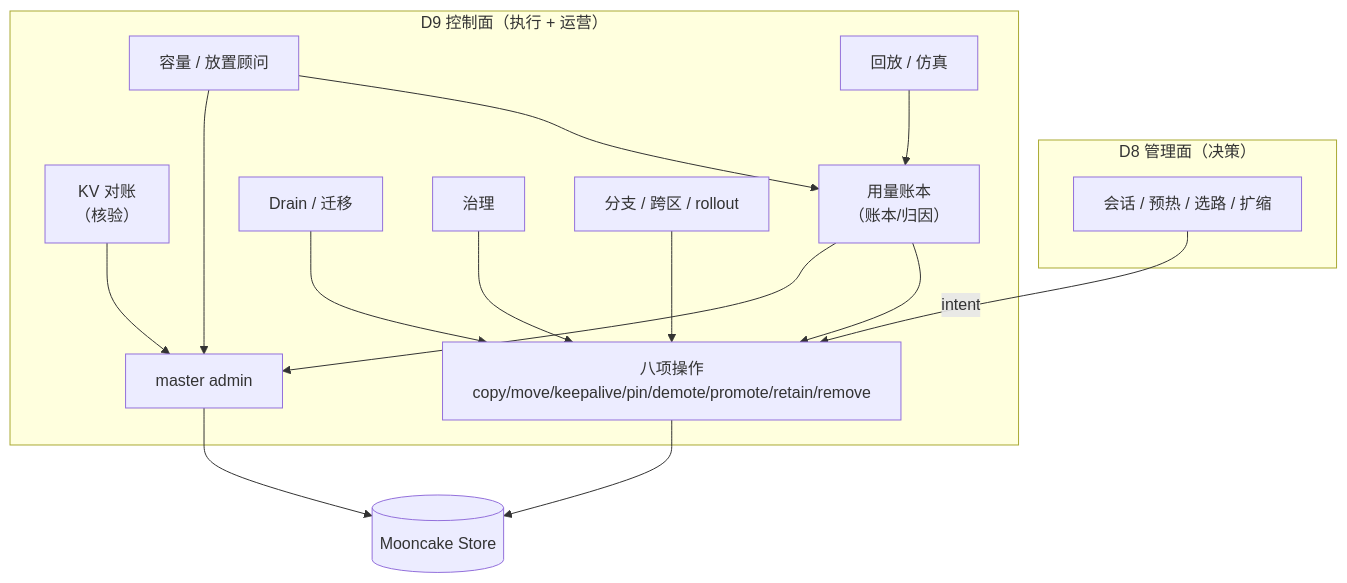
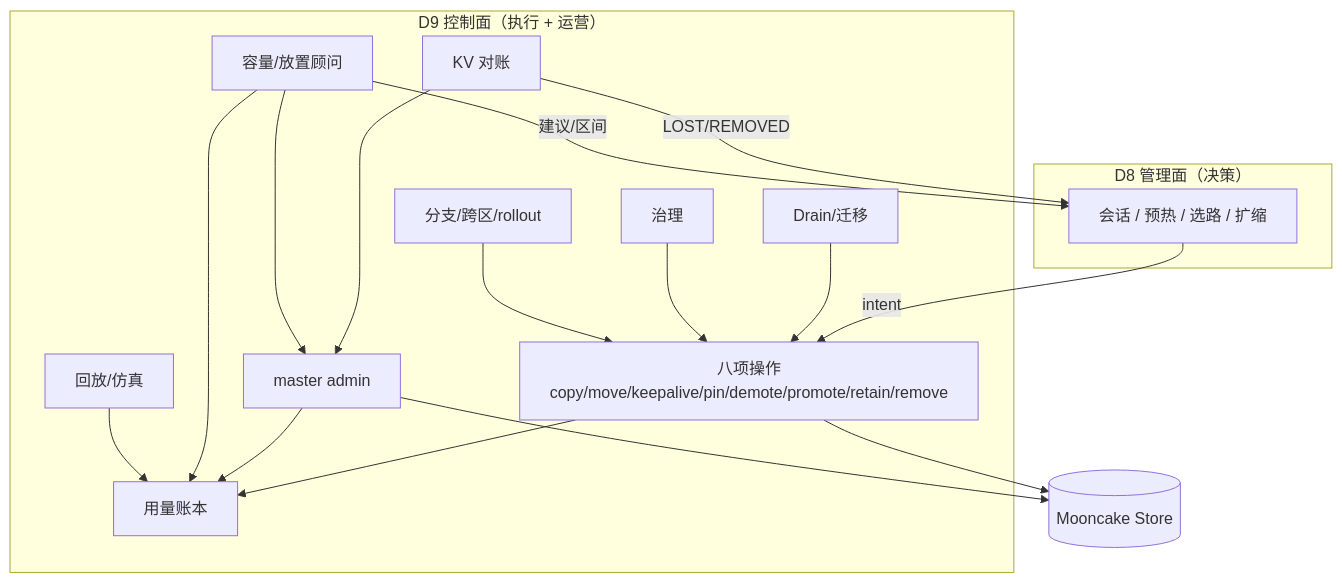
Before and after one commit to 5x8-40/lake: the first of 2 diagrams in kvcm/design/D9-kv-services.md, drawn with Mermaid. The commit also changed other lines of this file, not shown here.

````diff
--- a/kvcm/design/D9-kv-services.md
+++ b/kvcm/design/D9-kv-services.md
@@ -72,31 +42,33 @@
 ```mermaid
 flowchart TB
     subgraph D8["D8 管理面（决策）"]
-        L1["会话 / 预热 / 选路 / 扩缩"]
+        DEC["会话 / 预热 / 选路 / 扩缩"]
     end
 
     subgraph D9["D9 控制面（执行 + 运营）"]
         OPS["八项操作<br/>copy/move/keepalive/pin/demote/promote/retain/remove"]
-        VER["KV 对账<br/>（核验）"]
-        LED["用量账本<br/>（账本/归因）"]
-        CAP["容量 / 放置顾问"]
-        DRA["Drain / 迁移"]
+        VER["KV 对账"]
+        LED["用量账本"]
+        CAP["容量/放置顾问"]
+        DRA["Drain/迁移"]
         GOV["治理"]
-        SIM["回放 / 仿真"]
-        EXT["分支 / 跨区 / rollout"]
+        SIM["回放/仿真"]
+        EXT["分支/跨区/rollout"]
         ADM["master admin"]
     end
 
-    L1 -->|"intent"| OPS
+    DEC -->|"intent"| OPS
+    OPS --> LED
+    ADM --> LED
     VER --> ADM
-    LED --> OPS
-    LED --> ADM
+    VER -->|"LOST/REMOVED"| DEC
     CAP --> LED
     CAP --> ADM
+    CAP -->|"建议/区间"| DEC
     DRA --> OPS
     GOV --> OPS
     SIM --> LED
     EXT --> OPS
     OPS --> M[("Mooncake Store")]
     ADM --> M
 ```
````
